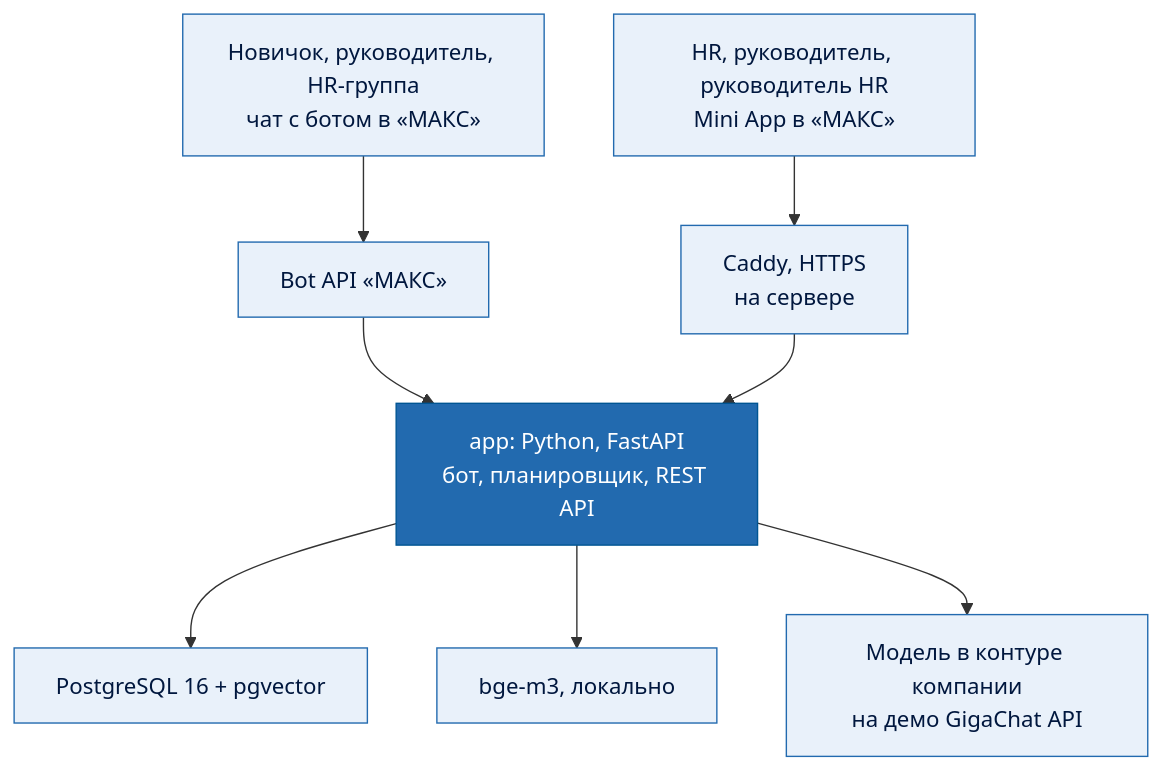
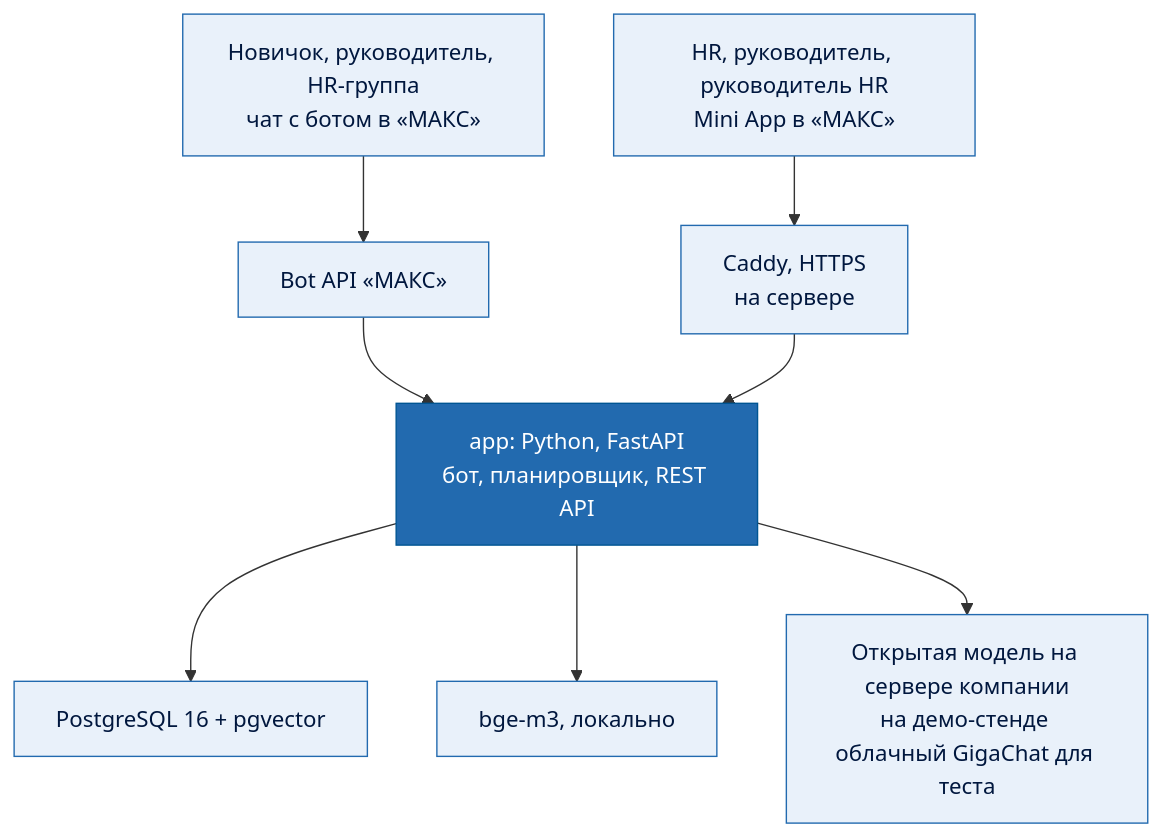
The diagram in README.md (Kurligin/mosprom-polyplast), drawn with Mermaid before and after one commit. The commit also changed other lines of this file and 1 other file, not shown here.

Commit message:
Модель только в контуре компании, облачный GigaChat подписан как демо-стенд для теста

````diff
--- a/README.md
+++ b/README.md
@@ -341,14 +344,14 @@
 ```mermaid
 flowchart TB
     N["Новичок, руководитель, HR-группа<br/>чат с ботом в «МАКС»"] --> B["Bot API «МАКС»"]
     H["HR, руководитель, руководитель HR<br/>Mini App в «МАКС»"] --> C["Caddy, HTTPS<br/>на сервере"]
     B --> APP["app: Python, FastAPI<br/>бот, планировщик, REST API"]
     C --> APP
     APP --> DB["PostgreSQL 16 + pgvector"]
     APP --> EMB["bge-m3, локально"]
-    APP --> LLM["Модель в контуре компании<br/>на демо GigaChat API"]
+    APP --> LLM["Открытая модель на сервере компании<br/>на демо-стенде облачный GigaChat для теста"]
     classDef brand fill:#E9F1FA,stroke:#226AAF,color:#00173E
     classDef core fill:#226AAF,stroke:#005593,color:#FFFFFF
     class N,H,B,C,DB,EMB,LLM brand
     class APP core
 ```
````
